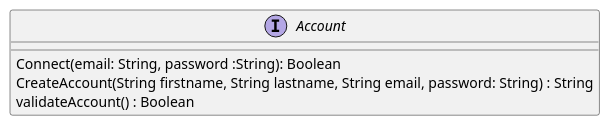
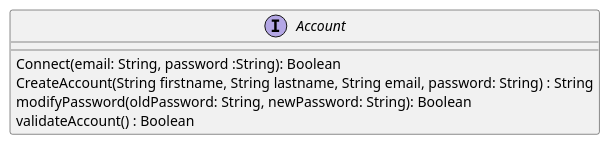
The third of 14 diagrams in trivial-doc/modules/development/pages/composants.adoc (sybarry/Trivial_Pursuit_CL), drawn with PlantUML before and after one commit. The commit also changed other lines of this file, not shown here.

```diff
--- a/trivial-doc/modules/development/pages/composants.adoc
+++ b/trivial-doc/modules/development/pages/composants.adoc
@@ -111,8 +111,9 @@
 [plantuml]
 ....
 interface Account {
     Connect(email: String, password :String): Boolean
     CreateAccount(String firstname, String lastname, String email, password: String) : String
+modifyPassword(oldPassword: String, newPassword: String): Boolean
     validateAccount() : Boolean
 }
 ....
```
